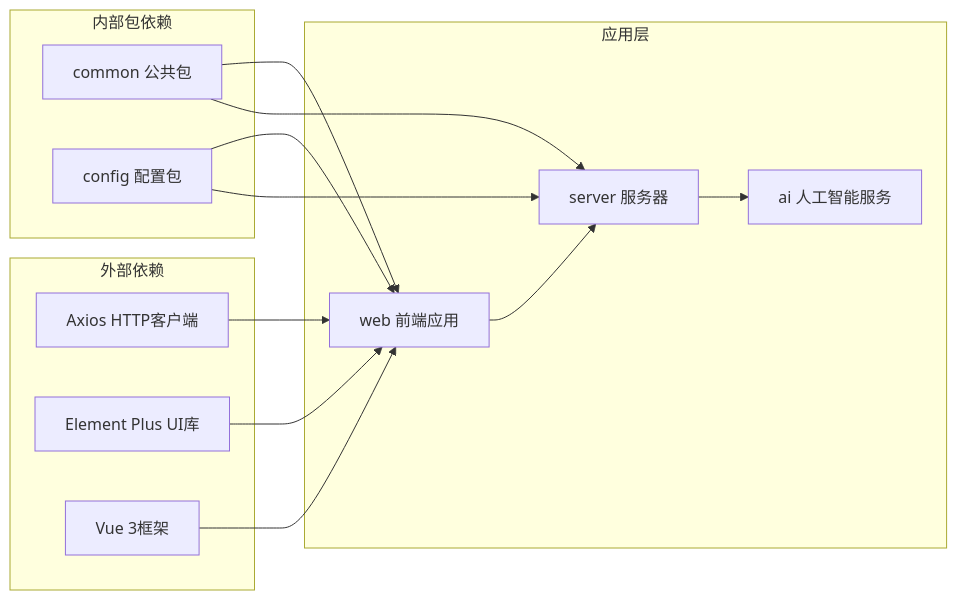
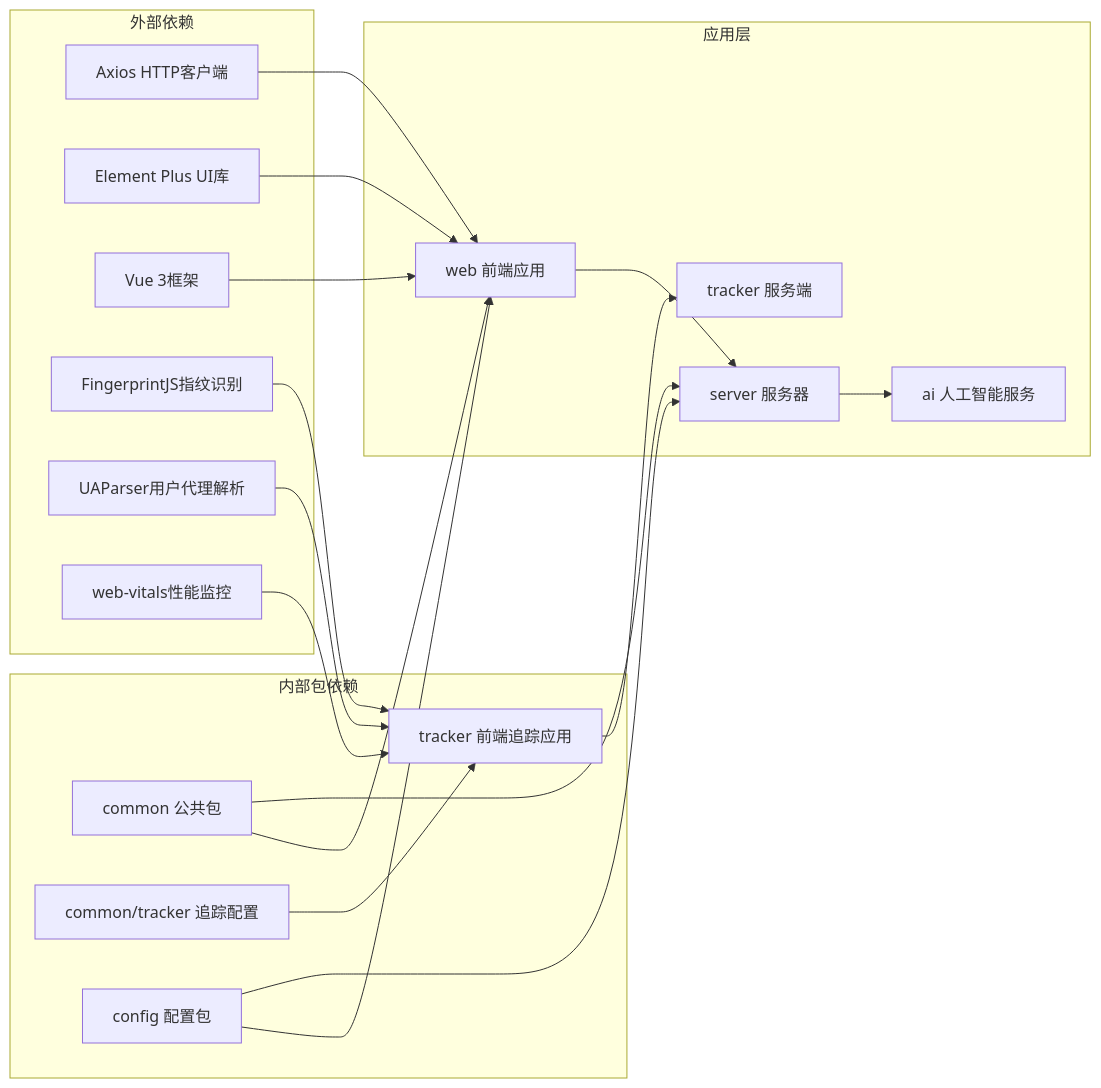
Diagram 13 of 13 in .qoder/repowiki/zh/content/课程管理模块.md (LihaoZDB/English-Study), drawn with Mermaid before and after one commit. The commit also changed other lines of this file and 5 other files, not shown here.

````diff
--- a/.qoder/repowiki/zh/content/课程管理模块.md
+++ b/.qoder/repowiki/zh/content/课程管理模块.md
@@ -292,26 +549,37 @@
 ```mermaid
 graph LR
 subgraph "外部依赖"
 Axios[Axios HTTP客户端]
 ElementPlus[Element Plus UI库]
 Vue[Vue 3框架]
+FingerprintJS[FingerprintJS指纹识别]
+UAParser[UAParser用户代理解析]
+WebVitals[web-vitals性能监控]
 end
 subgraph "内部包依赖"
 Common[common 公共包]
+CommonTracker[common/tracker 追踪配置]
 Config[config 配置包]
+TrackerApp[tracker 前端追踪应用]
 end
 subgraph "应用层"
 Web[web 前端应用]
 Server[server 服务器]
 AI[ai 人工智能服务]
+TrackerService[tracker 服务端]
 end
 Axios --> Web
 ElementPlus --> Web
 Vue --> Web
+FingerprintJS --> TrackerApp
+UAParser --> TrackerApp
+WebVitals --> TrackerApp
 Common --> Web
 Common --> Server
+CommonTracker --> TrackerApp
 Config --> Web
 Config --> Server
+TrackerApp --> TrackerService
 Web --> Server
 Server --> AI
 ```
````
